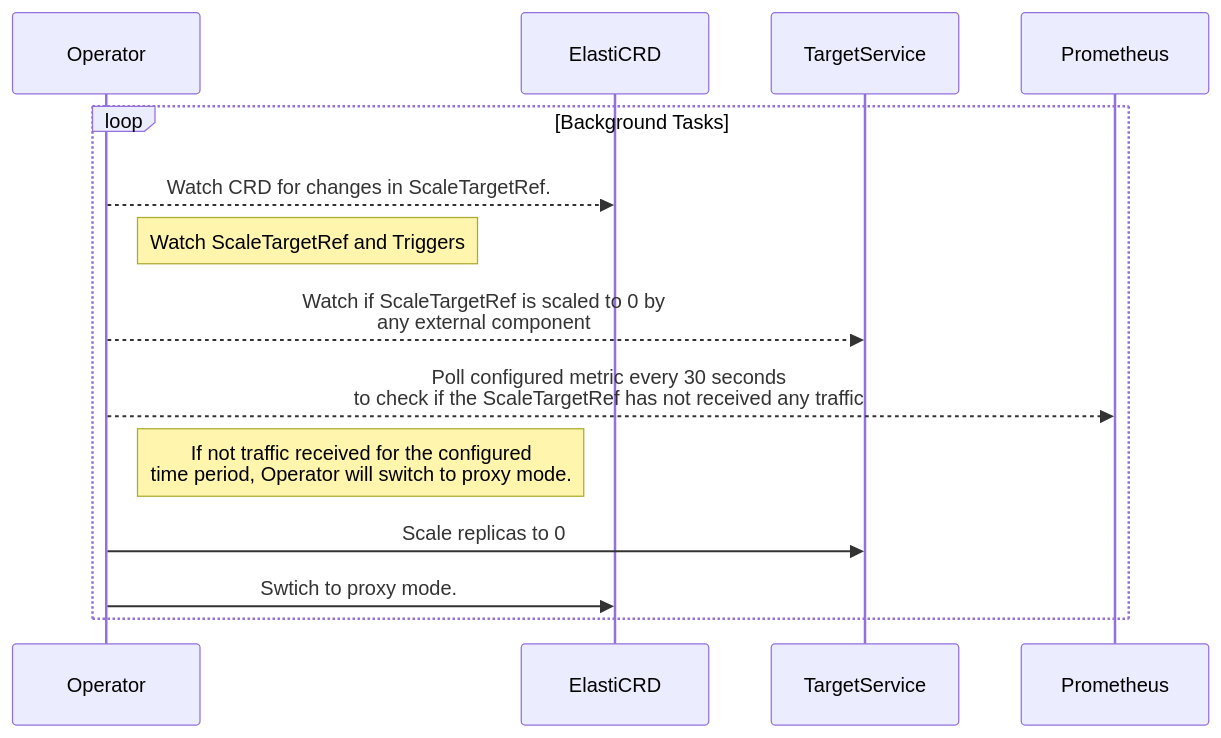
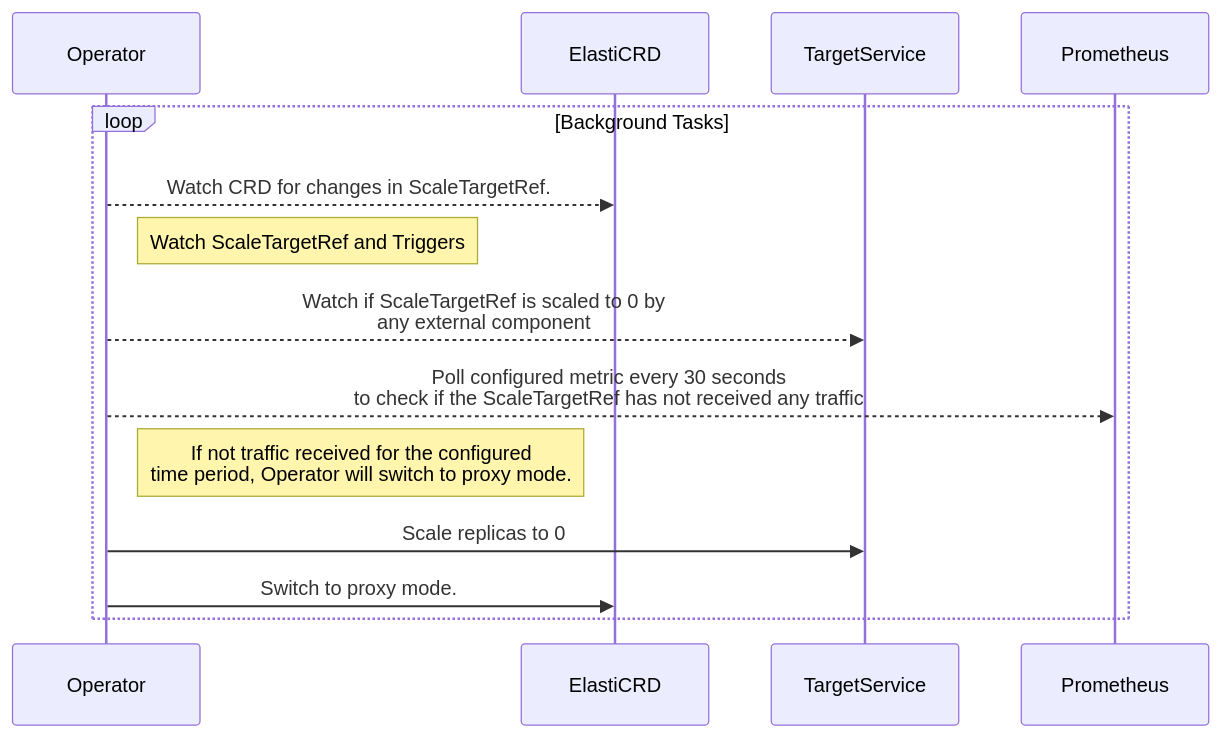
One commit to truefoundry/elasti changed the fourth of 10 diagrams in docs/src/arch-flow.md. Above: the diagram before and after it, drawn with Mermaid. The commit also changed other lines of this file and 5 other files, not shown here.

````diff
--- a/docs/src/arch-flow.md
+++ b/docs/src/arch-flow.md
@@ -85,15 +85,15 @@
 ```mermaid
 sequenceDiagram
     loop Background Tasks
     Operator-->>ElastiCRD: Watch CRD for changes in ScaleTargetRef. 
     
     Note right of Operator:  Watch ScaleTargetRef and Triggers
     Operator-->>TargetService: Watch if ScaleTargetRef is scaled to 0 by <Br>any external component
     Operator-->>Prometheus: Poll configured metric every 30 seconds<br> to check if the ScaleTargetRef has not received any traffic
     
     Note right of Operator: If not traffic received for the configured <br> time period, Operator will switch to proxy mode.
 
     Operator->>TargetService: Scale replicas to 0
-    Operator->>ElastiCRD: Swtich to proxy mode.
+    Operator->>ElastiCRD: Switch to proxy mode.
     end
 ```
````
